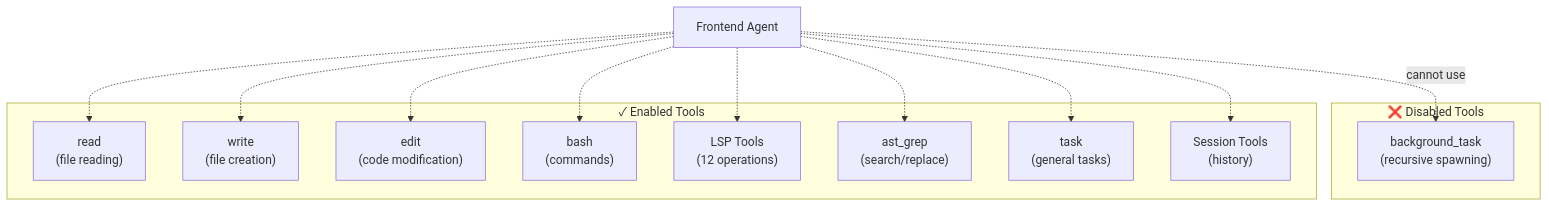
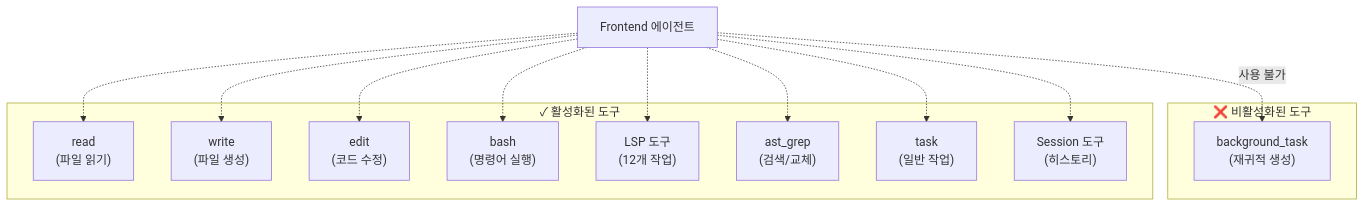
Before and after one commit to felipetruman/oh-my-opencode-docs: the sixth of 7 diagrams in docs/agents/frontend-ui-ux-engineer.md, drawn with Mermaid. The commit also changed other lines of this file and 76 other files, not shown here.

````diff
--- a/docs/agents/frontend-ui-ux-engineer.md
+++ b/docs/agents/frontend-ui-ux-engineer.md
@@ -406,39 +406,39 @@
 ```mermaid
 flowchart TD
 
-Frontend["Frontend Agent"]
-Read["read<br>(file reading)"]
-Write["write<br>(file creation)"]
-Edit["edit<br>(code modification)"]
-Bash["bash<br>(commands)"]
-LSP["LSP Tools<br>(12 operations)"]
-ASTGrep["ast_grep<br>(search/replace)"]
-Task["task<br>(general tasks)"]
-Session["Session Tools<br>(history)"]
-BgTask["background_task<br>(recursive spawning)"]
+Frontend["Frontend 에이전트"]
+Read["read<br>(파일 읽기)"]
+Write["write<br>(파일 생성)"]
+Edit["edit<br>(코드 수정)"]
+Bash["bash<br>(명령어 실행)"]
+LSP["LSP 도구<br>(12개 작업)"]
+ASTGrep["ast_grep<br>(검색/교체)"]
+Task["task<br>(일반 작업)"]
+Session["Session 도구<br>(히스토리)"]
+BgTask["background_task<br>(재귀적 생성)"]
 
 Frontend -.-> Read
 Frontend -.-> Write
 Frontend -.-> Edit
 Frontend -.-> Bash
 Frontend -.-> LSP
 Frontend -.-> ASTGrep
 Frontend -.-> Task
 Frontend -.-> Session
-Frontend -.->|"cannot use"| BgTask
+Frontend -.->|"사용 불가"| BgTask
 
-subgraph subGraph1 ["❌ Disabled Tools"]
+subgraph subGraph1 ["❌ 비활성화된 도구"]
     BgTask
 end
 
-subgraph subGraph0 ["✓ Enabled Tools"]
+subgraph subGraph0 ["✓ 활성화된 도구"]
     Read
     Write
     Edit
     Bash
     LSP
     ASTGrep
     Task
     Session
 end
 ```
````
